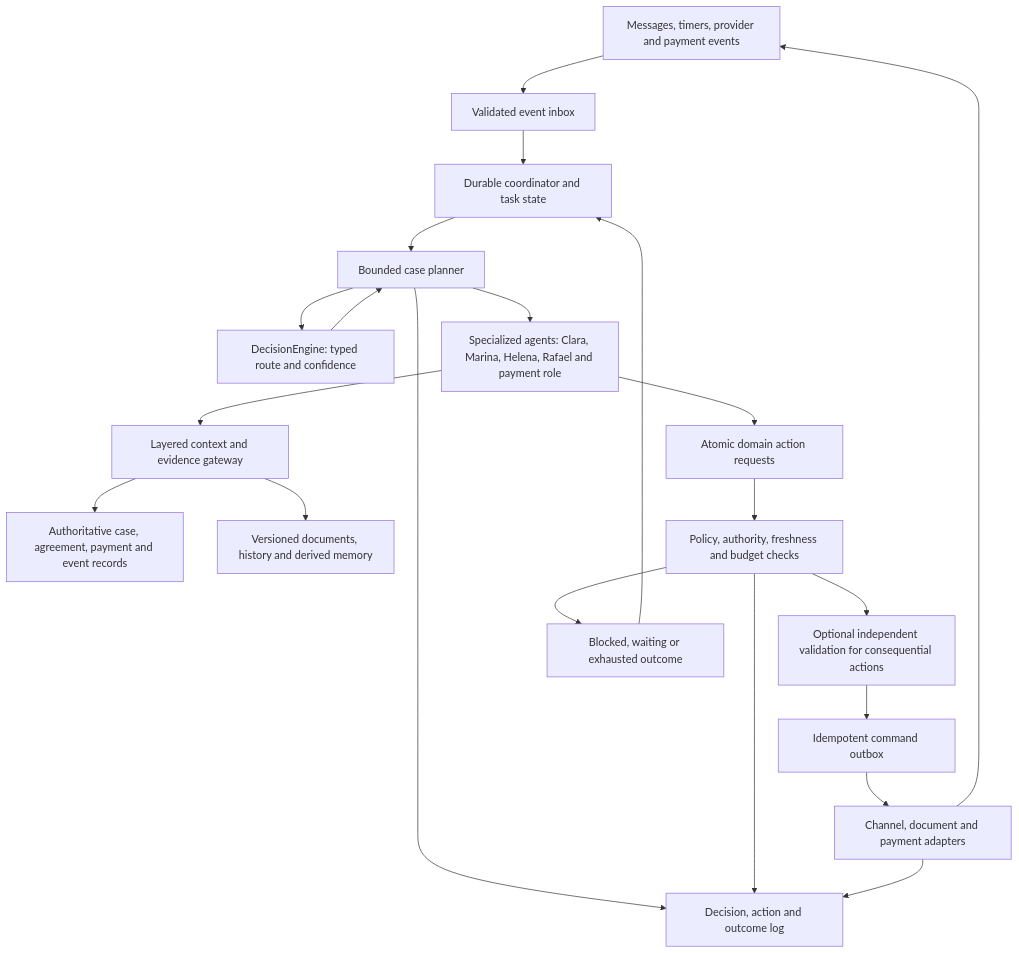
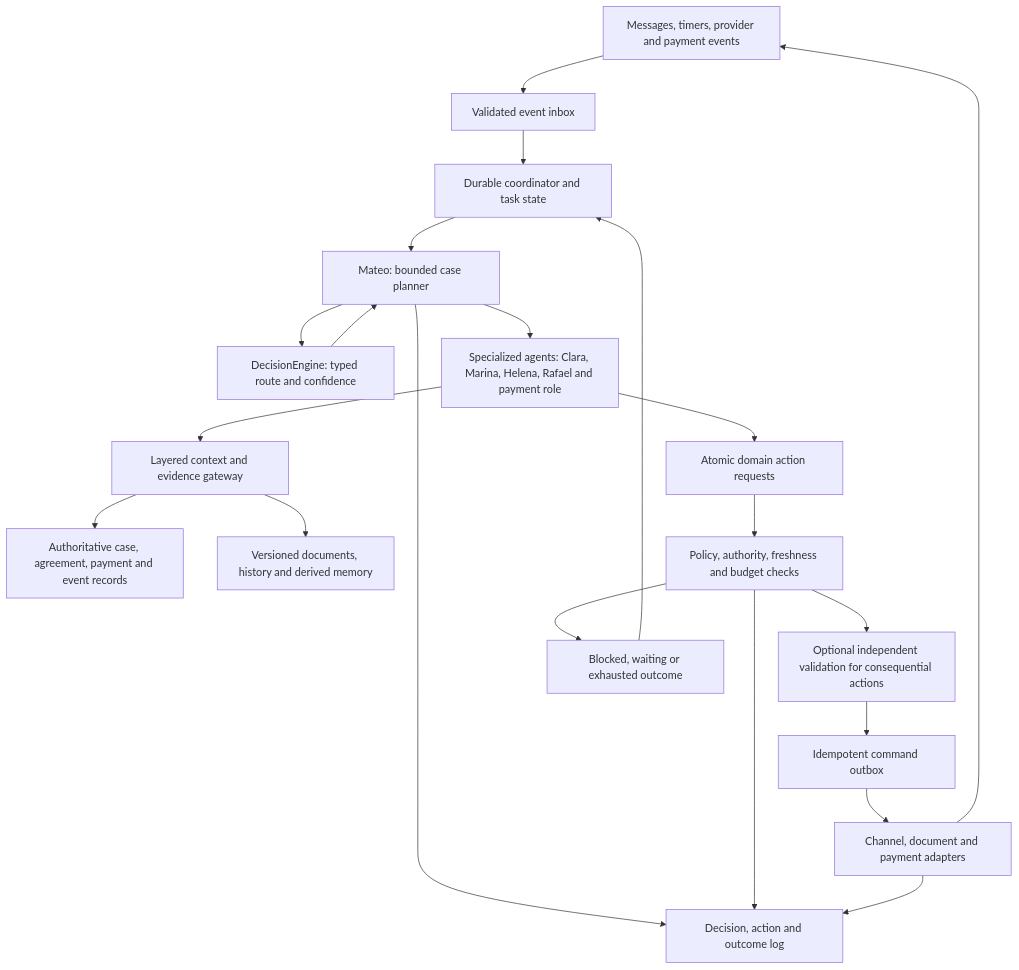
The seventh of 21 diagrams in docs/WORKFLOWS.md (louiz7/rescovabrasil), drawn with Mermaid before and after one commit. The commit also changed other lines of this file and 22 other files, not shown here.

````diff
--- a/docs/WORKFLOWS.md
+++ b/docs/WORKFLOWS.md
@@ -190,23 +201,23 @@
 ```mermaid
 flowchart TD
     Events["Messages, timers, provider and payment events"] --> Inbox["Validated event inbox"]
     Inbox --> Coordinator["Durable coordinator and task state"]
-    Coordinator --> Planner["Bounded case planner"]
+    Coordinator --> Planner["Mateo: bounded case planner"]
     Planner --> Decision["DecisionEngine: typed route and confidence"]
     Planner --> Roles["Specialized agents: Clara, Marina, Helena, Rafael and payment role"]
     Decision --> Planner
     Roles --> Context["Layered context and evidence gateway"]
     Context --> Records["Authoritative case, agreement, payment and event records"]
     Context --> Evidence["Versioned documents, history and derived memory"]
     Roles --> Actions["Atomic domain action requests"]
     Actions --> Policy["Policy, authority, freshness and budget checks"]
     Policy --> Validator["Optional independent validation for consequential actions"]
     Validator --> Outbox["Idempotent command outbox"]
     Outbox --> Providers["Channel, document and payment adapters"]
     Providers --> Events
     Policy --> Waiting["Blocked, waiting or exhausted outcome"]
     Waiting --> Coordinator
     Planner --> Log["Decision, action and outcome log"]
     Policy --> Log
     Providers --> Log
 ```
````
